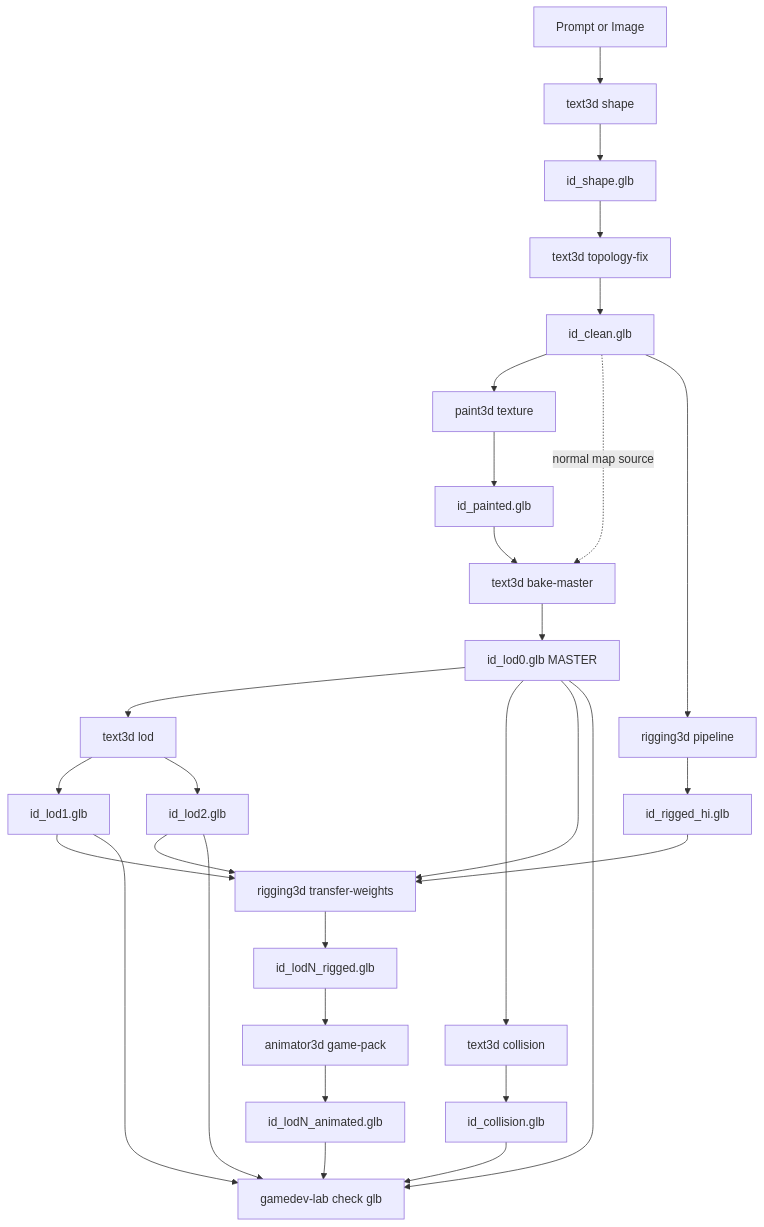
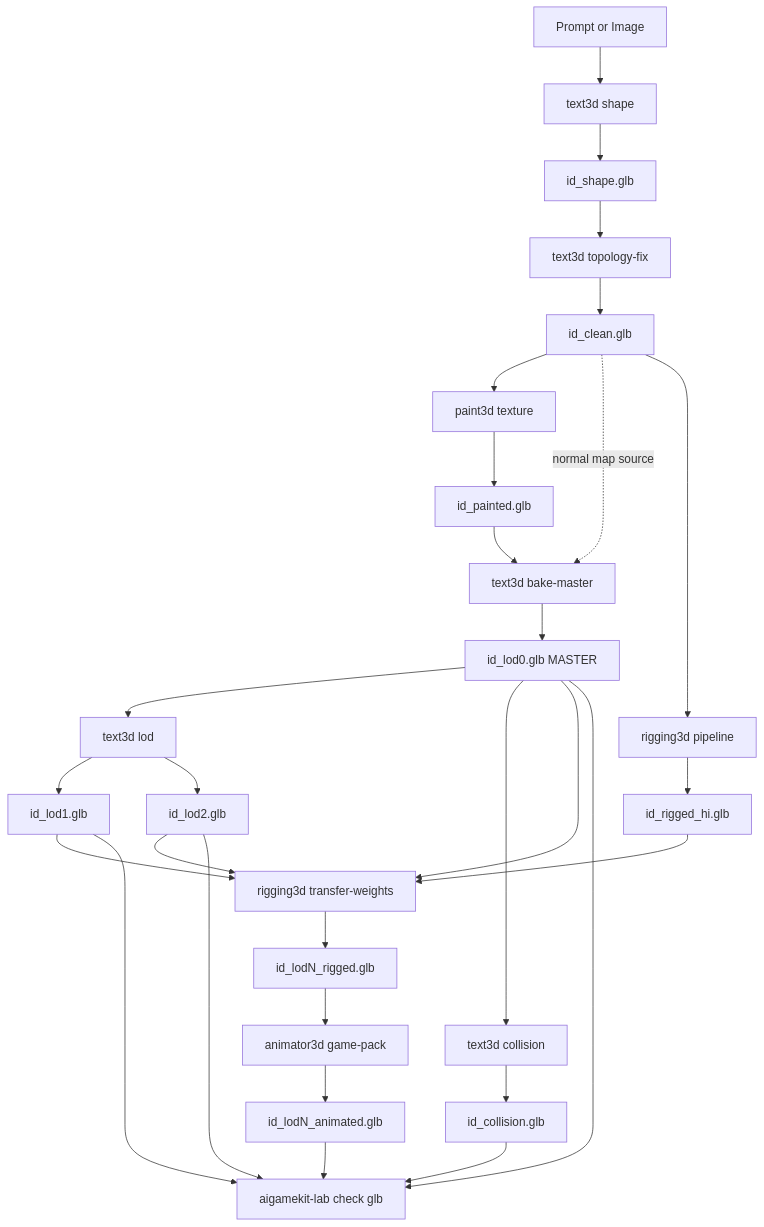
Before and after one commit to maikramer/AiGameKit: the diagram in docs/superpowers/specs/2026-05-02-game-asset-pipeline-redesign.md, drawn with Mermaid. The commit also changed other lines of this file and 582 other files, not shown here.

````diff
--- a/docs/superpowers/specs/2026-05-02-game-asset-pipeline-redesign.md
+++ b/docs/superpowers/specs/2026-05-02-game-asset-pipeline-redesign.md
@@ -56,31 +56,31 @@
 ```mermaid
 graph TD
     P[Prompt or Image] --> Shape[text3d shape]
     Shape --> ShapeGLB[id_shape.glb]
     ShapeGLB --> Clean[text3d topology-fix]
     Clean --> CleanGLB[id_clean.glb]
     CleanGLB --> Paint[paint3d texture]
     Paint --> PaintedGLB[id_painted.glb]
     PaintedGLB --> Bake[text3d bake-master]
     CleanGLB -.normal map source.-> Bake
     Bake --> LOD0[id_lod0.glb MASTER]
     LOD0 --> LODs[text3d lod]
     LODs --> LOD1[id_lod1.glb]
     LODs --> LOD2[id_lod2.glb]
     LOD0 --> Collision[text3d collision]
     Collision --> CollGLB[id_collision.glb]
     CleanGLB --> Rig[rigging3d pipeline]
     Rig --> RiggedHi[id_rigged_hi.glb]
     RiggedHi --> Transfer[rigging3d transfer-weights]
     LOD0 --> Transfer
     LOD1 --> Transfer
     LOD2 --> Transfer
     Transfer --> RiggedLODs[id_lodN_rigged.glb]
     RiggedLODs --> Anim[animator3d game-pack]
     Anim --> Animated[id_lodN_animated.glb]
-    LOD0 --> Validate[gamedev-lab check glb]
+    LOD0 --> Validate[aigamekit-lab check glb]
     LOD1 --> Validate
     LOD2 --> Validate
     CollGLB --> Validate
     Animated --> Validate
 ```
````
